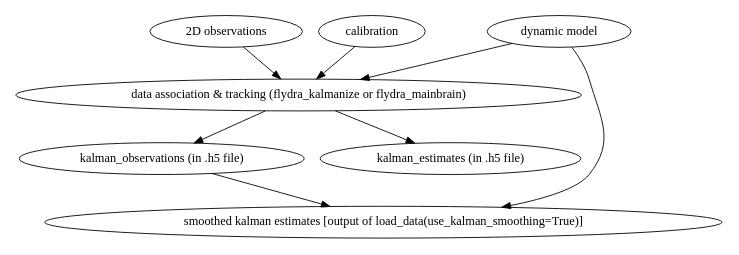
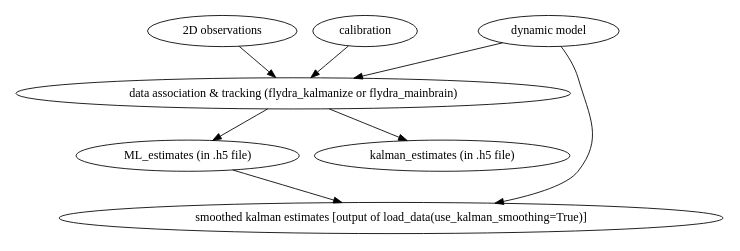
One commit to strawlab/flydra changed the diagram in flydra-sphinx-docs/data_analysis.rst. Above: the diagram before and after it, drawn with Graphviz. The commit also changed other lines of this file and 22 other files, not shown here.

First line of the commit message:
sed -i 's/kalman_observations/ML_estimates/g'

```diff
--- a/flydra-sphinx-docs/data_analysis.rst
+++ b/flydra-sphinx-docs/data_analysis.rst
@@ -143,20 +143,20 @@
 .. graphviz::
 
   digraph G {
     size ="6,4";
     TwoDee -> da;
     cal -> da;
     motion_model -> da;
-    da -> kalman_observations;
+    da -> ML_estimates;
     da -> kalman_estimates;
-    kalman_observations -> smoothed_kalman_estimates;
+    ML_estimates -> smoothed_kalman_estimates;
     motion_model -> smoothed_kalman_estimates;
 
     da [label="data association & tracking (flydra_kalmanize or flydra_mainbrain)"];
     TwoDee [label="2D observations"];
     cal [label="calibration"];
     motion_model [label="dynamic model"];
     kalman_estimates [label="kalman_estimates (in .h5 file)"];
-    kalman_observations [label="kalman_observations (in .h5 file)"];
+    ML_estimates [label="ML_estimates (in .h5 file)"];
     smoothed_kalman_estimates [label="smoothed kalman estimates [output of load_data(use_kalman_smoothing=True)]"];
   }
```
